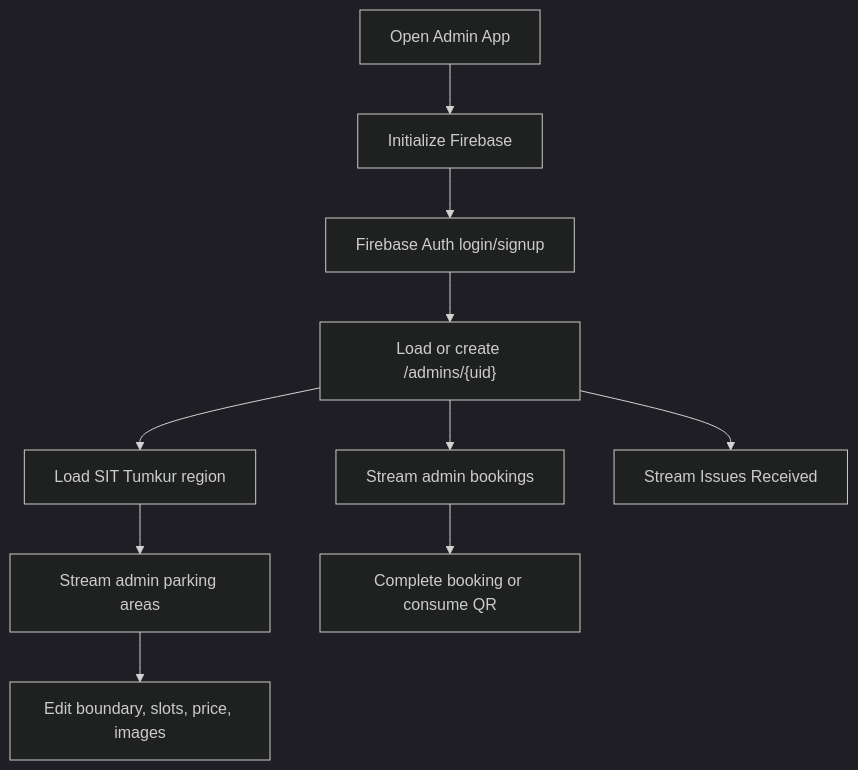
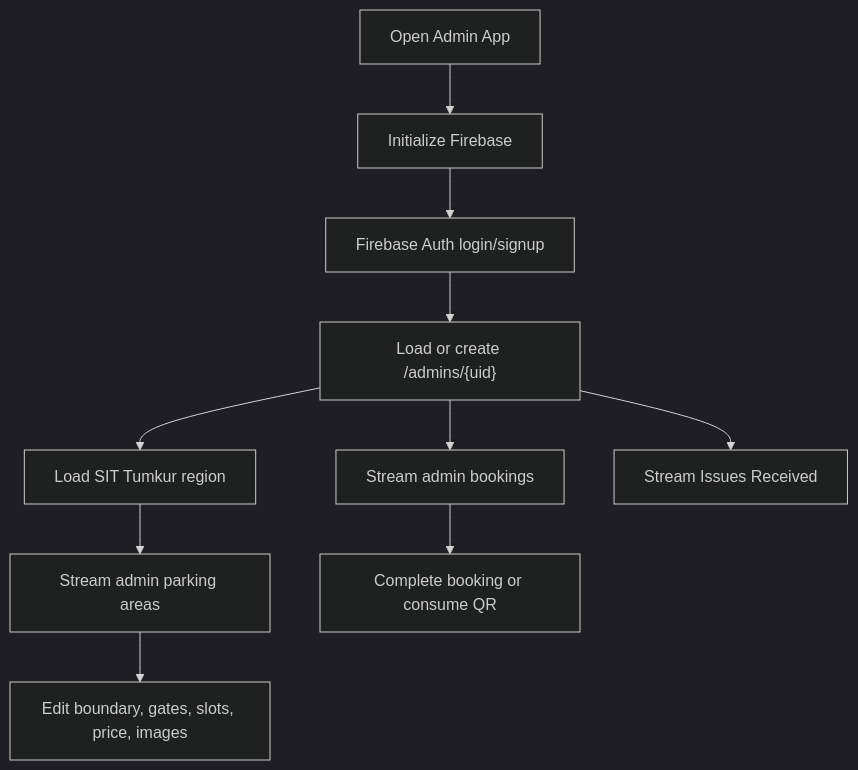
Before and after one commit to snehil-pandey/smart-parking-occupancy-system: the third of 11 diagrams in docs/ARCHITECTURE.md, drawn with Mermaid (dark theme). The commit also changed other lines of this file and 4 other files, not shown here.

````diff
--- a/docs/ARCHITECTURE.md
+++ b/docs/ARCHITECTURE.md
@@ -43,12 +43,12 @@
 ```mermaid
 flowchart TD
   Start["Open Admin App"] --> Init["Initialize Firebase"]
   Init --> Auth["Firebase Auth login/signup"]
   Auth --> Profile["Load or create /admins/{uid}"]
   Profile --> Region["Load SIT Tumkur region"]
   Region --> Areas["Stream admin parking areas"]
-  Areas --> Editor["Edit boundary, slots, price, images"]
+  Areas --> Editor["Edit boundary, gates, slots, price, images"]
   Profile --> Bookings["Stream admin bookings"]
   Profile --> Issues["Stream Issues Received"]
   Bookings --> Complete["Complete booking or consume QR"]
 ```
````
